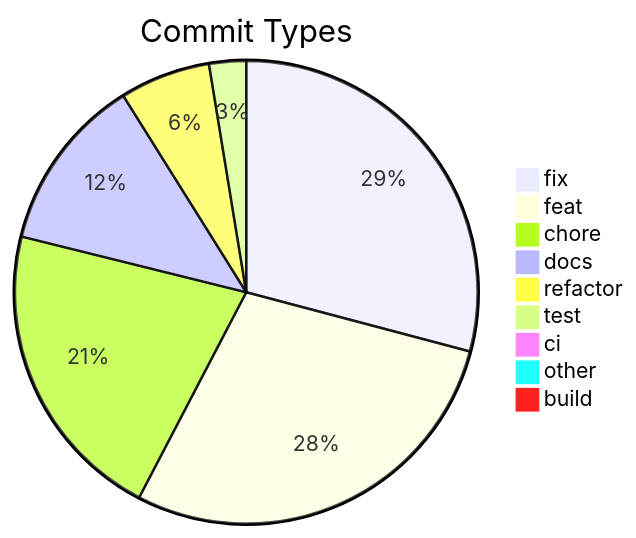
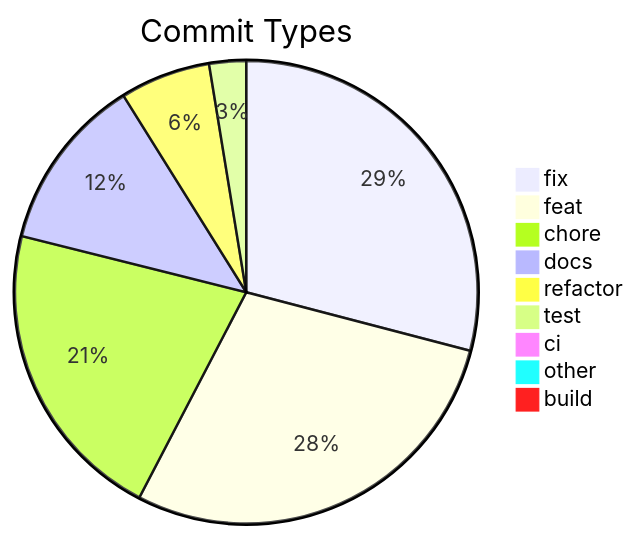
One commit to svenroth-ai/shipwright changed the diagram in .shipwright/compliance/change-history.md. Above: the diagram before and after it, drawn with Mermaid. The commit also changed other lines of this file and 9 other files, not shown here.

````diff
--- a/.shipwright/compliance/change-history.md
+++ b/.shipwright/compliance/change-history.md
@@ -10,12 +10,12 @@
 ```mermaid
 pie title Commit Types
     "fix" : 350
-    "feat" : 343
-    "chore" : 255
+    "feat" : 344
+    "chore" : 256
     "docs" : 147
     "refactor" : 76
     "test" : 31
     "ci" : 11
     "other" : 9
     "build" : 1
 ```
````
